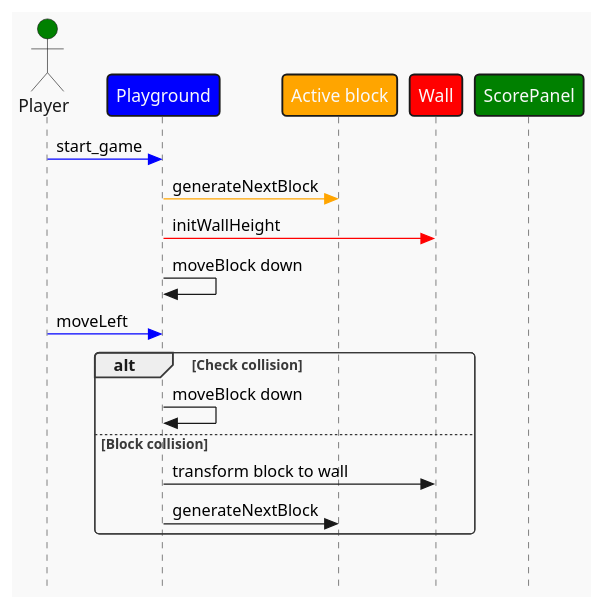
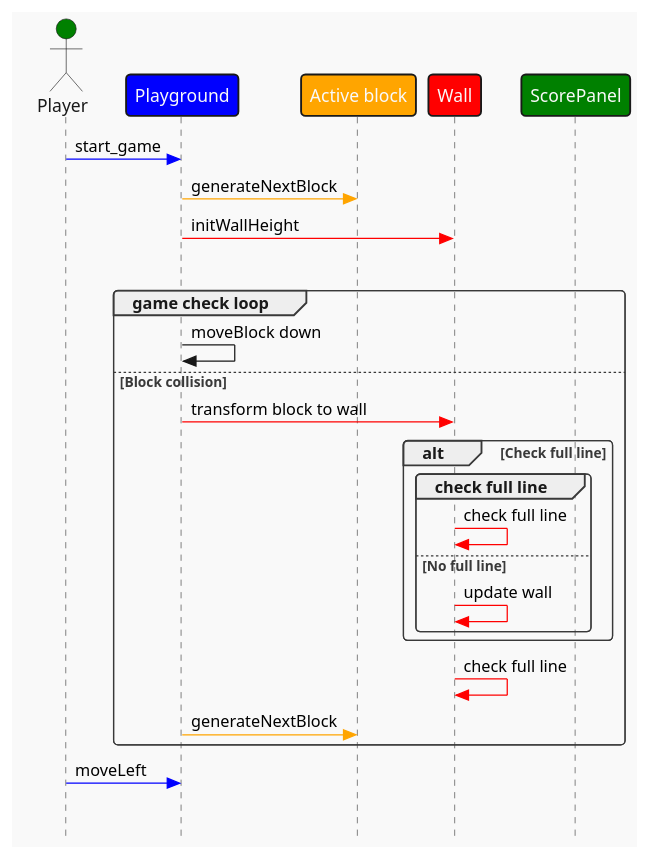
One commit to pertan4711/reactris changed the diagram in doc/uml/start_game.puml. Above: the diagram before and after it, drawn with PlantUML. The commit also changed 3 other files, not shown here.

```diff
--- a/doc/uml/start_game.puml
+++ b/doc/uml/start_game.puml
@@ -1,23 +1,33 @@
 @startuml start_game
 !theme mars
 skinparam Style strictuml
 
 actor "Player" as Player #green
 participant "Playground" as Playground #blue
 participant "Active block" as Block #orange
 participant "Wall" as Wall #red
 participant "ScorePanel" as Panel #green
 
 Player -[#blue]> Playground : start_game
 Playground -[#orange]> Block : generateNextBlock
 Playground -[#red]> Wall : initWallHeight
-Playground -> Playground : moveBlock down
-Player -[#blue]> Playground : moveLeft
+
 alt Check collision
+group game check loop
     Playground -> Playground : moveBlock down
 else Block collision
-    Playground -> Wall : transform block to wall
-    Playground -> Block : generateNextBlock
+    Playground -[#red]> Wall : transform block to wall
+    alt Check full line
+    group check full line
+        Wall -[#red]> Wall : check full line
+    else No full line
+        Wall -[#red]> Wall : update wall
+    end
+    end
+    Wall -[#red]> Wall : check full line
+    Playground -[#orange]> Block : generateNextBlock
 end
+
+Player -[#blue]> Playground : moveLeft
 group 
 @enduml
```
